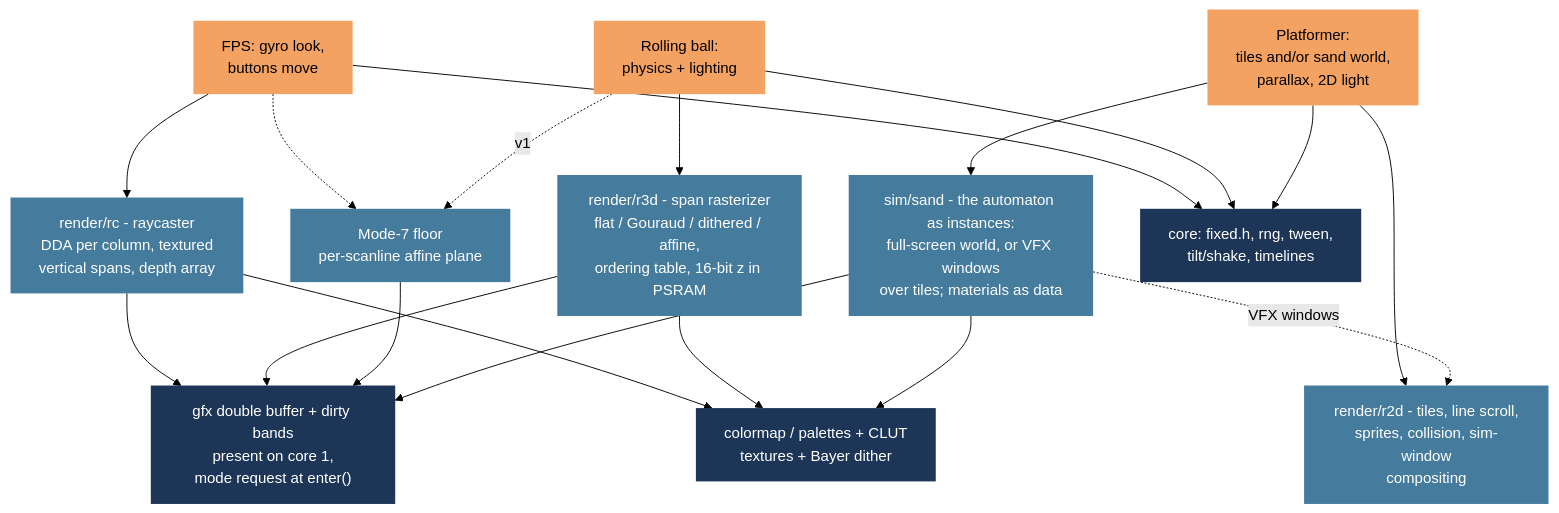
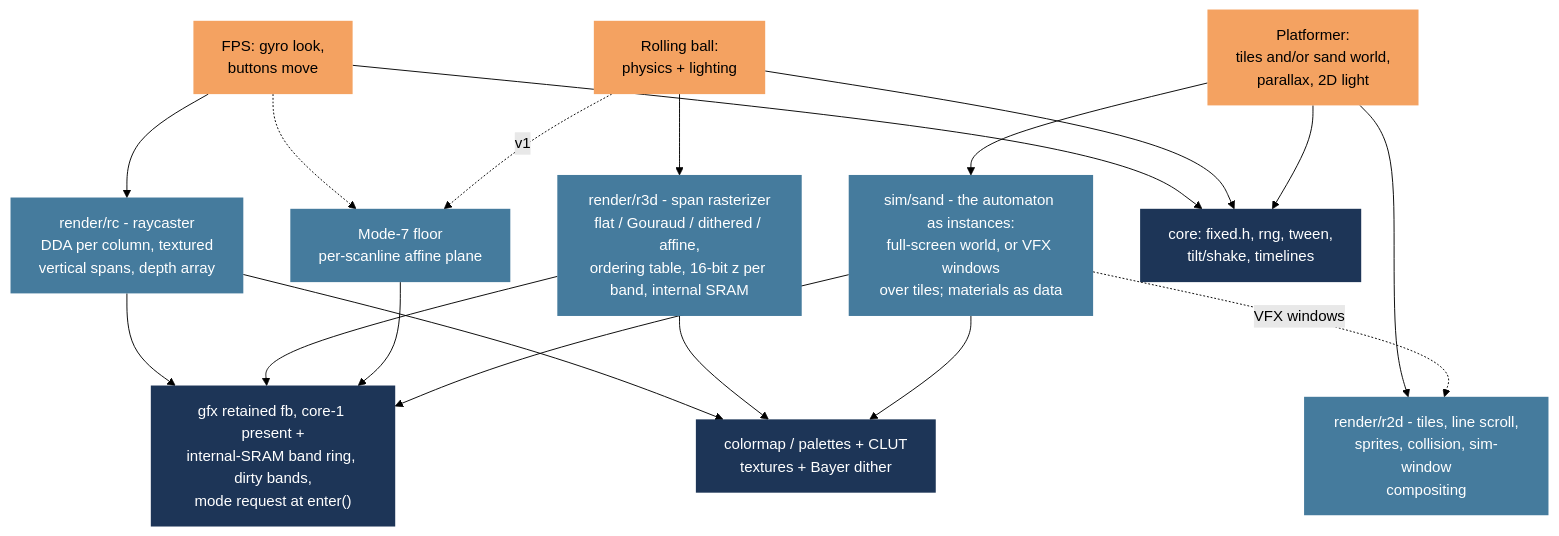
Before and after one commit to jose-villegas/autana: the second of 2 diagrams in docs/Autana-Rendering-Roadmap.md, drawn with Mermaid (forest theme). The commit also changed other lines of this file, not shown here.

First line of the commit message:
docs: the roadmap reads PSRAM and never writes it in bulk

````diff
--- a/docs/Autana-Rendering-Roadmap.md
+++ b/docs/Autana-Rendering-Roadmap.md
@@ -142,38 +153,38 @@
 ```mermaid
 flowchart TB
   classDef game fill:#f4a261,color:#000,stroke:none
   classDef r fill:#457b9d,color:#fff,stroke:none
   classDef core fill:#1d3557,color:#fff,stroke:none
 
   FPS["FPS: gyro look,<br/>buttons move"]:::game
   BALL["Rolling ball:<br/>physics + lighting"]:::game
   PLAT["Platformer:<br/>tiles and/or sand world,<br/>parallax, 2D light"]:::game
 
   RC["render/rc - raycaster<br/>DDA per column, textured<br/>vertical spans, depth array"]:::r
-  R3D["render/r3d - span rasterizer<br/>flat / Gouraud / dithered / affine,<br/>ordering table, 16-bit z in PSRAM"]:::r
+  R3D["render/r3d - span rasterizer<br/>flat / Gouraud / dithered / affine,<br/>ordering table, 16-bit z per band, internal SRAM"]:::r
   M7["Mode-7 floor<br/>per-scanline affine plane"]:::r
   SPR["render/r2d - tiles, line scroll,<br/>sprites, collision, sim-window<br/>compositing"]:::r
   SIM["sim/sand - the automaton as instances:<br/>full-screen world, or VFX windows<br/>over tiles; materials as data"]:::r
 
-  GFX["gfx double buffer + dirty bands<br/>present on core 1,<br/>mode request at enter()"]:::core
+  GFX["gfx retained fb, core-1 present +<br/>internal-SRAM band ring, dirty bands,<br/>mode request at enter()"]:::core
   CM["colormap / palettes + CLUT<br/>textures + Bayer dither"]:::core
   FX["core: fixed.h, rng, tween,<br/>tilt/shake, timelines"]:::core
 
   FPS --> RC
   FPS -.-> M7
   BALL --> R3D
   BALL -.->|v1| M7
   PLAT --> SPR
   PLAT --> SIM
   SIM -.->|VFX windows| SPR
   RC --> GFX
   R3D --> GFX
   M7 --> GFX
   SIM --> GFX
   RC --> CM
   R3D --> CM
   SIM --> CM
   FPS --> FX
   BALL --> FX
   PLAT --> FX
 ```
````
